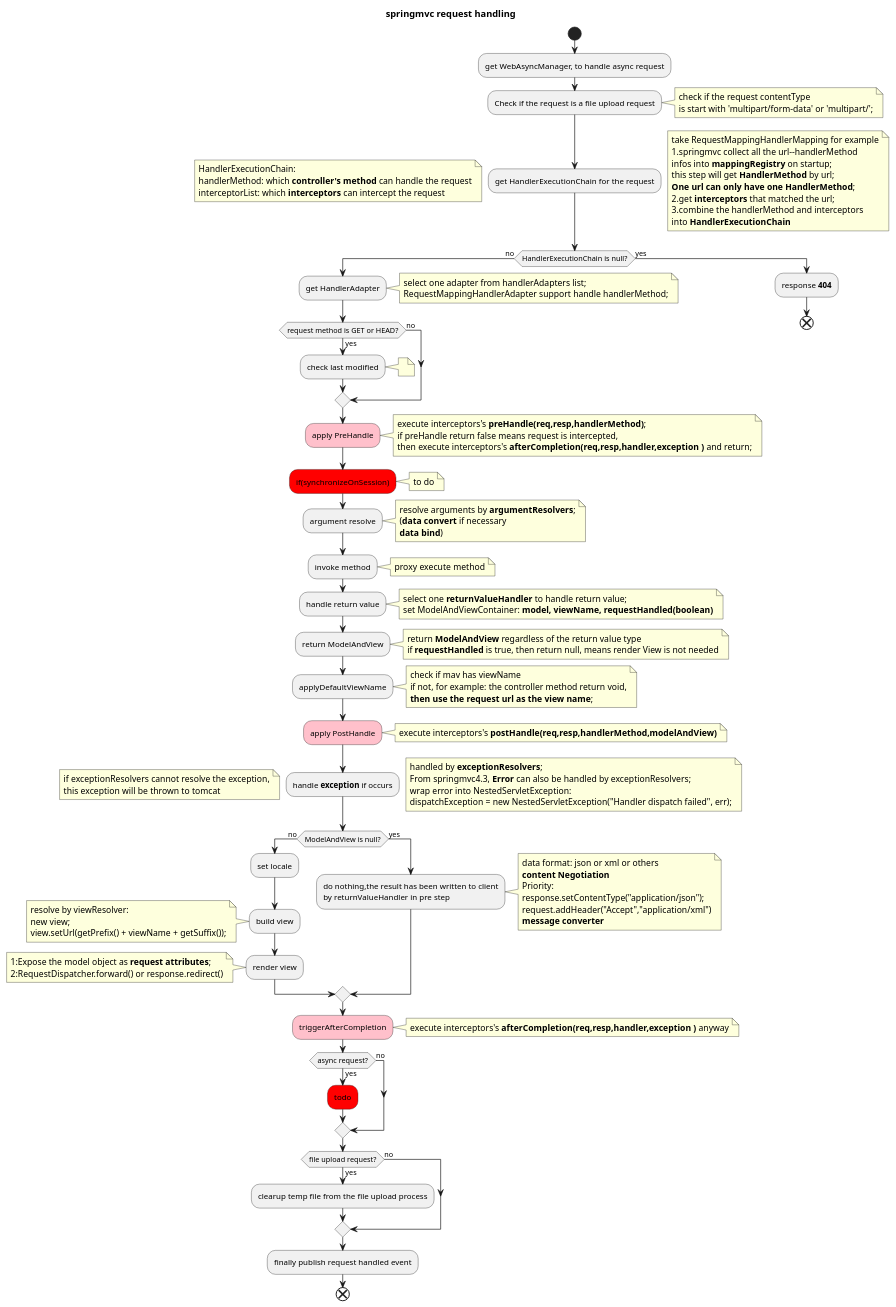
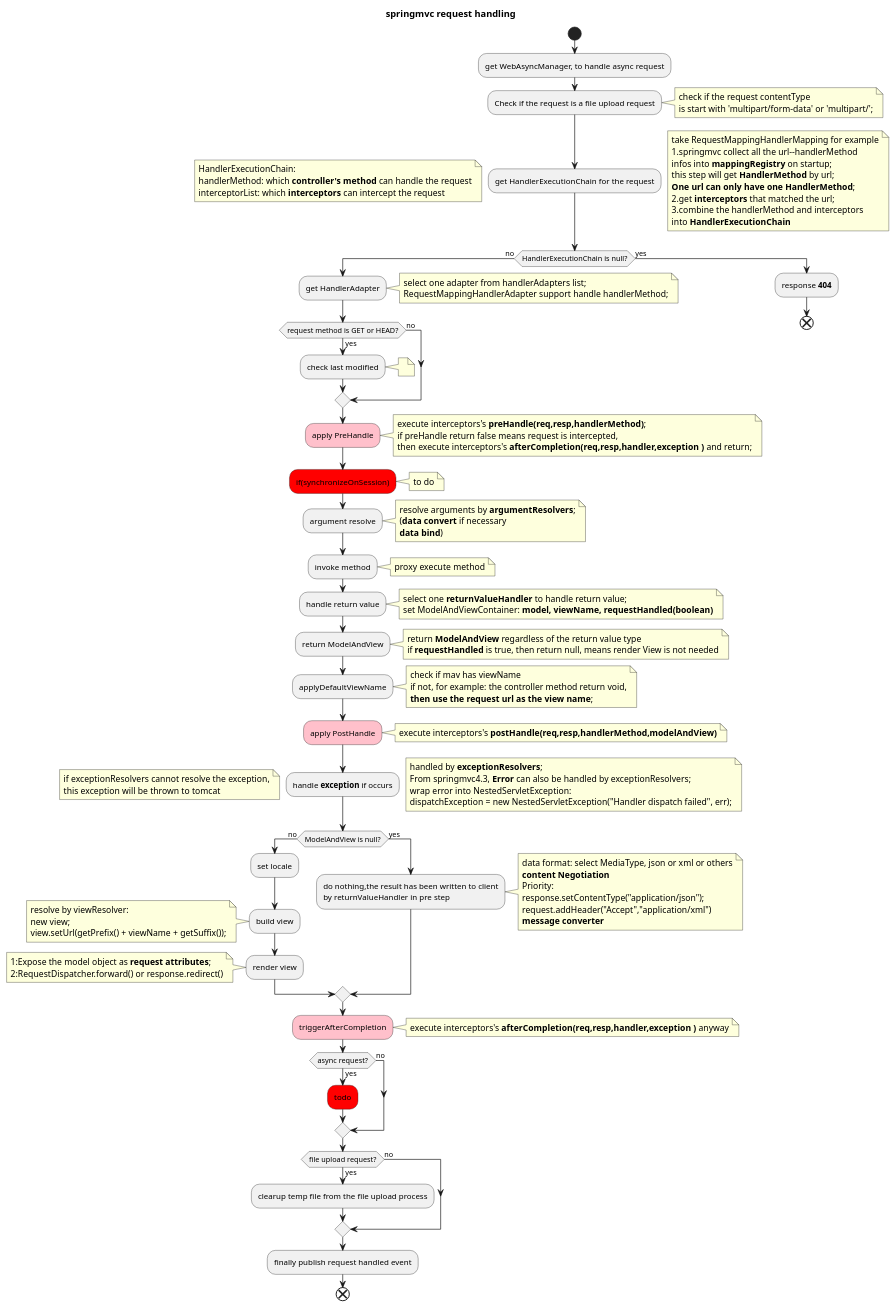
The diagram in spring/newmvc.puml (weimin1998/uml), drawn with PlantUML before and after one commit.

Commit message:
new mvc update

```diff
--- a/spring/newmvc.puml
+++ b/spring/newmvc.puml
@@ -1,169 +1,169 @@
 @startuml
 'https://plantuml.com/sequence-diagram
 
 
 title springmvc request handling
 
 start
 
 :get WebAsyncManager, to handle async request;
 
 :Check if the request is a file upload request;
 note right
 check if the request contentType
 is start with 'multipart/form-data' or 'multipart/';
 endnote
 
 :get HandlerExecutionChain for the request;
 note left
 HandlerExecutionChain:
 handlerMethod: which **controller's method** can handle the request
 interceptorList: which **interceptors** can intercept the request
 endnote
 
 note right
 take RequestMappingHandlerMapping for example
 1.springmvc collect all the url--handlerMethod
 infos into **mappingRegistry** on startup;
 this step will get **HandlerMethod** by url;
 **One url can only have one HandlerMethod**;
 2.get **interceptors** that matched the url;
 3.combine the handlerMethod and interceptors
 into **HandlerExecutionChain**
 endnote
 
 if(HandlerExecutionChain is null?) then (no)
 'start
 :get HandlerAdapter;
 note right
 select one adapter from handlerAdapters list;
 RequestMappingHandlerAdapter support handle handlerMethod;
 endnote
 
 if(request method is GET or HEAD?) then(yes)
 :check last modified;
 note right
 
 endnote
 
 else(no)
 endif
 
 
 
 #pink:apply PreHandle;
 note right
 execute interceptors's **preHandle(req,resp,handlerMethod)**;
 if preHandle return false means request is intercepted,
 then execute interceptors's **afterCompletion(req,resp,handler,exception )** and return;
 endnote
 
 #red:if(synchronizeOnSession);
 note right:to do
 
 :argument resolve;
 note right
 resolve arguments by **argumentResolvers**;
 (**data convert** if necessary
 **data bind**)
 endnote
 
 :invoke method;
 note right:proxy execute method
 
 :handle return value;
 note right
 select one **returnValueHandler** to handle return value;
 set ModelAndViewContainer: **model, viewName, requestHandled(boolean)**
 endnote
 
 :return ModelAndView;
 note right
 return **ModelAndView** regardless of the return value type
 if **requestHandled** is true, then return null, means render View is not needed
 endnote
 
 :applyDefaultViewName;
 note right
 check if mav has viewName
 if not, for example: the controller method return void,
 **then use the request url as the view name**;
 endnote
 
 
 
 #pink:apply PostHandle;
 note right
 execute interceptors's **postHandle(req,resp,handlerMethod,modelAndView)**
 endnote
 
 :handle **exception** if occurs;
 note right
 handled by **exceptionResolvers**;
 From springmvc4.3, **Error** can also be handled by exceptionResolvers;
 wrap error into NestedServletException:
 dispatchException = new NestedServletException("Handler dispatch failed", err);
 endnote
 note left
 if exceptionResolvers cannot resolve the exception,
 this exception will be thrown to tomcat
 endnote
 
 if(ModelAndView is null?) then (no)
 
 :set locale;
 
 :build view;
 note left
 resolve by viewResolver:
 new view;
 view.setUrl(getPrefix() + viewName + getSuffix());
 endnote
 
 :render view;
 note left
 1:Expose the model object as **request attributes**;
 2:RequestDispatcher.forward() or response.redirect()
 endnote
 
 else(yes)
 
 
 :do nothing,the result has been written to client
 by returnValueHandler in pre step;
 note right
-data format: json or xml or others
+data format: select MediaType, json or xml or others
 **content Negotiation**
 Priority:
 response.setContentType("application/json");
 request.addHeader("Accept","application/xml")
 **message converter**
 endnote
 
 endif
 
 #pink:triggerAfterCompletion;
 note right
 execute interceptors's **afterCompletion(req,resp,handler,exception )** anyway
 endnote
 
 
 if(async request?) then(yes)
 #red:todo;
 else(no)
 endif
 
 if(file upload request?) then(yes)
 :clearup temp file from the file upload process;
 else(no)
 endif
 
 :finally publish request handled event;
 
 'end
 end
 else(yes)
 :response **404**;
 
 end
 @enduml
```
